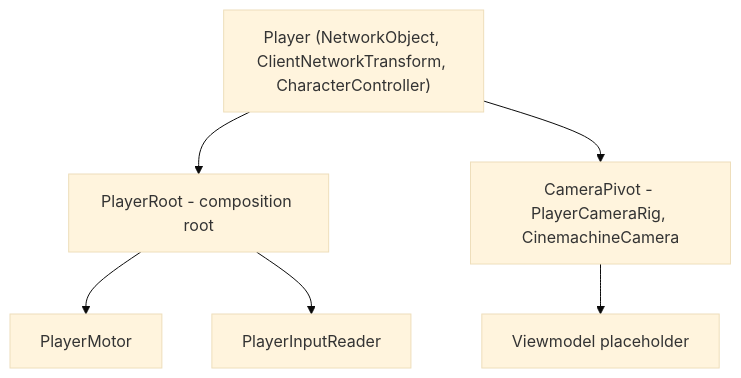
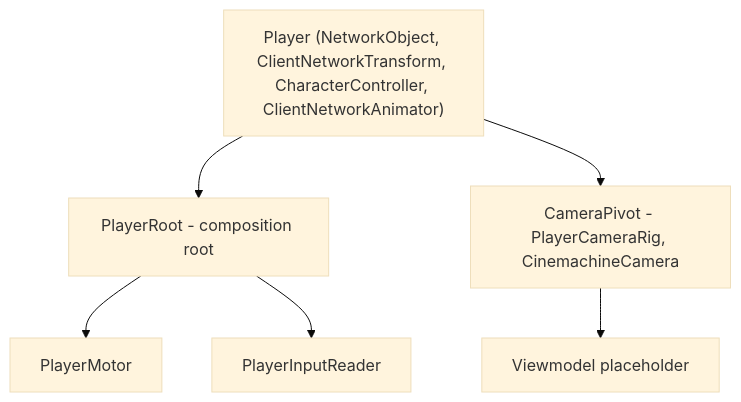
The diagram in docs/diagrams/player-prefab.mermaid (VicBojoDev10/DeathOfMeaningRepo), drawn with Mermaid (base theme) before and after one commit.

Commit message:
fix: fix PlayerPrefab

```diff
--- a/docs/diagrams/player-prefab.mermaid
+++ b/docs/diagrams/player-prefab.mermaid
@@ -1,7 +1,7 @@
 flowchart TD
-    Player["Player (NetworkObject, ClientNetworkTransform, CharacterController)"]
+    Player["Player (NetworkObject, ClientNetworkTransform, CharacterController, ClientNetworkAnimator)"]
     Player --> Root[PlayerRoot - composition root]
     Player --> Pivot[CameraPivot - PlayerCameraRig, CinemachineCamera]
     Pivot --> VM[Viewmodel placeholder]
     Root --> Motor[PlayerMotor]
     Root --> Reader[PlayerInputReader]
```
